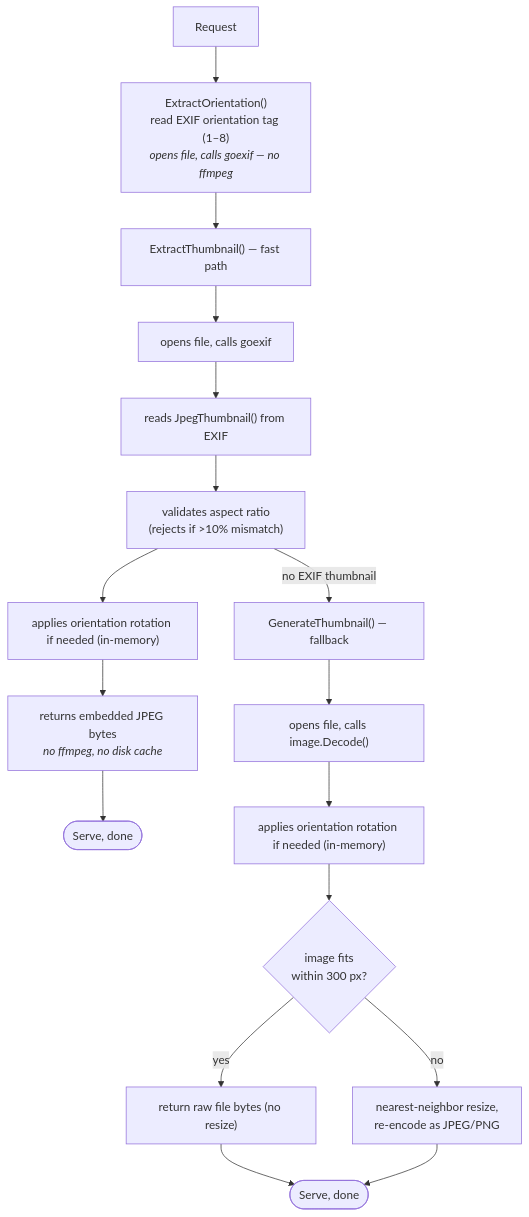
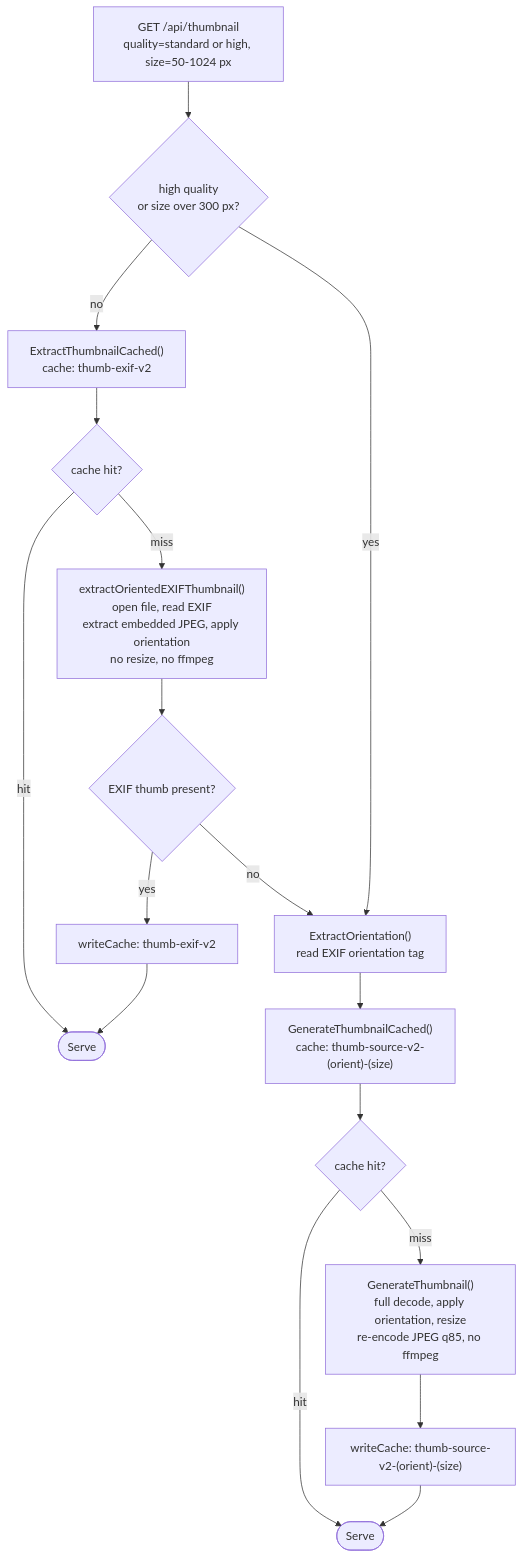
One commit to bjblazko/unterlumen changed the first of 6 diagrams in doc/architecture/image-processing-flow.md. Above: the diagram before and after it, drawn with Mermaid. The commit also changed other lines of this file and 8 other files, not shown here.

````diff
--- a/doc/architecture/image-processing-flow.md
+++ b/doc/architecture/image-processing-flow.md
@@ -18,20 +19,19 @@
 ```mermaid
 flowchart TD
-    A[Request] --> B["ExtractOrientation()<br/>read EXIF orientation tag (1–8)<br/><i>opens file, calls goexif — no ffmpeg</i>"]
-    B --> C["ExtractThumbnail() — fast path"]
-    C --> C1["opens file, calls goexif"]
-    C1 --> C2["reads JpegThumbnail() from EXIF"]
-    C2 --> C3["validates aspect ratio<br/>(rejects if >10% mismatch)"]
-    C3 --> C4["applies orientation rotation if needed (in-memory)"]
-    C4 --> C5["returns embedded JPEG bytes<br/><i>no ffmpeg, no disk cache</i>"]
-    C5 --> SERVE1([Serve, done])
+    A["GET /api/thumbnail<br/>quality=standard or high, size=50-1024 px"] --> B{high quality<br/>or size over 300 px?}
 
-    C3 -- "no EXIF thumbnail" --> D["GenerateThumbnail() — fallback"]
-    D --> D1["opens file, calls image.Decode()"]
-    D1 --> D2["applies orientation rotation if needed (in-memory)"]
-    D2 --> D3{"image fits<br/>within 300 px?"}
-    D3 -- "yes" --> D4["return raw file bytes (no resize)"]
-    D3 -- "no" --> D5["nearest-neighbor resize,<br/>re-encode as JPEG/PNG"]
-    D4 --> SERVE2([Serve, done])
-    D5 --> SERVE2
+    B -- no --> C["ExtractThumbnailCached()<br/>cache: thumb-exif-v2"]
+    C --> D{cache hit?}
+    D -- hit --> SERVE1([Serve])
+    D -- miss --> E["extractOrientedEXIFThumbnail()<br/>open file, read EXIF<br/>extract embedded JPEG, apply orientation<br/>no resize, no ffmpeg"]
+    E --> F{EXIF thumb present?}
+    F -- yes --> G["writeCache: thumb-exif-v2"] --> SERVE1
+    F -- no --> FALLBACK
+
+    B -- yes --> FALLBACK["ExtractOrientation()<br/>read EXIF orientation tag"]
+    FALLBACK --> H["GenerateThumbnailCached()<br/>cache: thumb-source-v2-(orient)-(size)"]
+    H --> I{cache hit?}
+    I -- hit --> SERVE2([Serve])
+    I -- miss --> J["GenerateThumbnail()<br/>full decode, apply orientation, resize<br/>re-encode JPEG q85, no ffmpeg"]
+    J --> K["writeCache: thumb-source-v2-(orient)-(size)"] --> SERVE2
 ```
````
